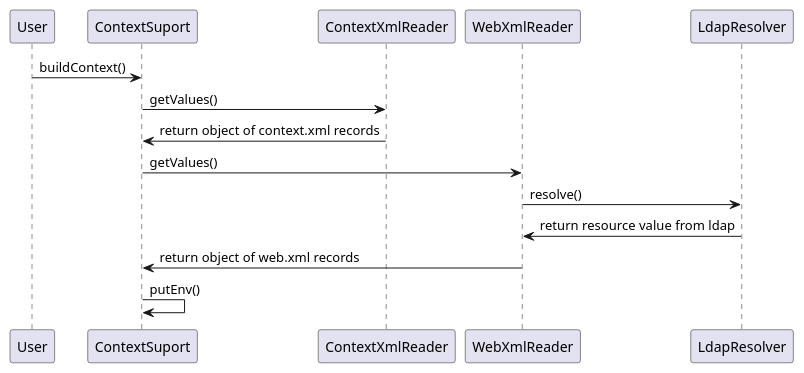
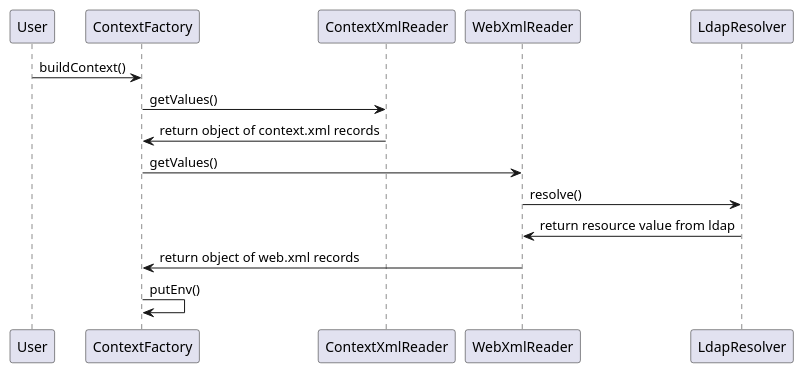
One commit to ilb/node_context changed the diagram in docs/contextsequence.puml. Above: the diagram before and after it, drawn with PlantUML. The commit also changed 3 other files, not shown here.

Commit message:
ContextSupport -> ContextFactory

```diff
--- a/docs/contextsequence.puml
+++ b/docs/contextsequence.puml
@@ -1,12 +1,12 @@
 @startuml
-User -> ContextSuport: buildContext()
-ContextSuport -> ContextXmlReader: getValues()
-ContextXmlReader -> ContextSuport: return object of context.xml records
+User -> ContextFactory: buildContext()
+ContextFactory -> ContextXmlReader: getValues()
+ContextXmlReader -> ContextFactory: return object of context.xml records
 
-ContextSuport -> WebXmlReader: getValues()
+ContextFactory -> WebXmlReader: getValues()
 WebXmlReader -> LdapResolver: resolve()
 LdapResolver -> WebXmlReader: return resource value from ldap
-WebXmlReader -> ContextSuport: return object of web.xml records
+WebXmlReader -> ContextFactory: return object of web.xml records
 
-ContextSuport -> ContextSuport: putEnv()
+ContextFactory -> ContextFactory: putEnv()
 @enduml
```
